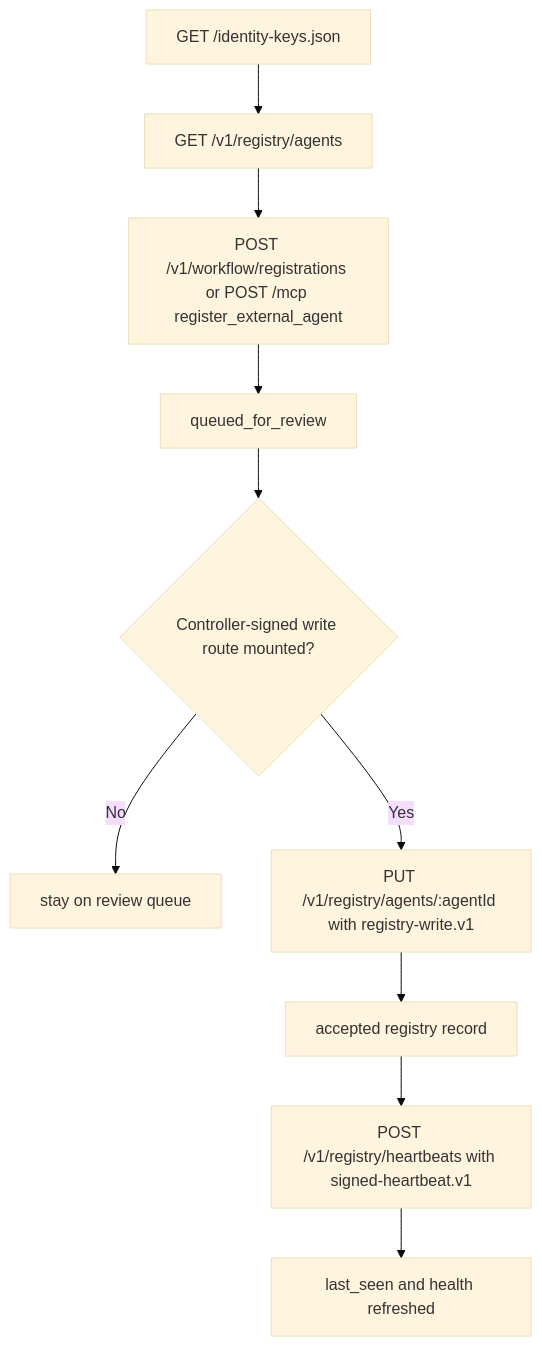
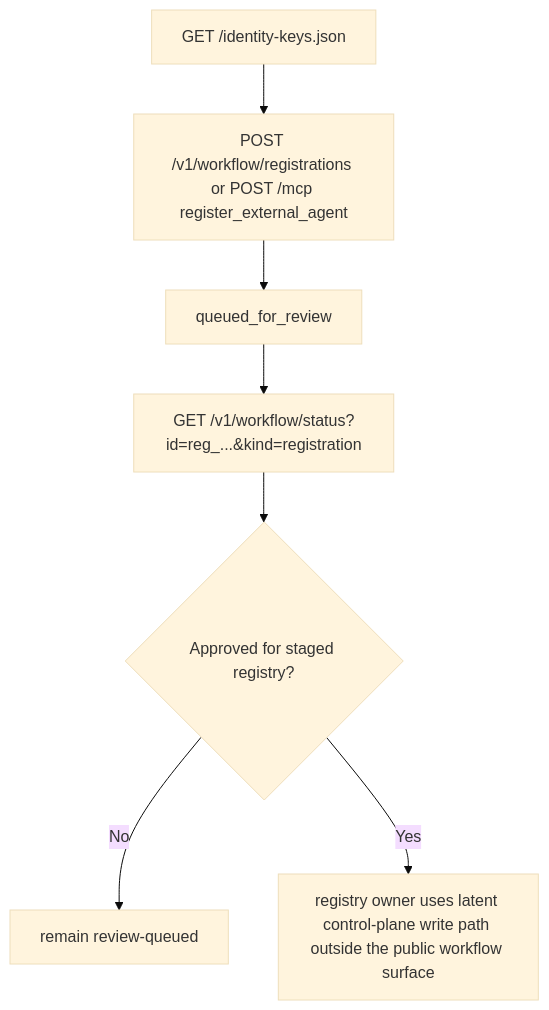
One commit to Bittrees-Technology/agent changed the second of 7 diagrams in docs/agent-onboarding-interface-contracts.md. Above: the diagram before and after it, drawn with Mermaid (base theme). The commit also changed other lines of this file and 5 other files, not shown here.

````diff
--- a/docs/agent-onboarding-interface-contracts.md
+++ b/docs/agent-onboarding-interface-contracts.md
@@ -242,12 +253,9 @@
 ```mermaid
 flowchart TD
-  A[GET /identity-keys.json] --> B[GET /v1/registry/agents]
-  B --> C[POST /v1/workflow/registrations or POST /mcp register_external_agent]
-  C --> D[queued_for_review]
-  D --> E{Controller-signed write route mounted?}
-  E -- No --> F[stay on review queue]
-  E -- Yes --> G[PUT /v1/registry/agents/:agentId with registry-write.v1]
-  G --> H[accepted registry record]
-  H --> I[POST /v1/registry/heartbeats with signed-heartbeat.v1]
-  I --> J[last_seen and health refreshed]
+  A[GET /identity-keys.json] --> B[POST /v1/workflow/registrations or POST /mcp register_external_agent]
+  B --> C[queued_for_review]
+  C --> D[GET /v1/workflow/status?id=reg_...&kind=registration]
+  D --> E{Approved for staged registry?}
+  E -- No --> F[remain review-queued]
+  E -- Yes --> G[registry owner uses latent control-plane write path outside the public workflow surface]
 ```
````
